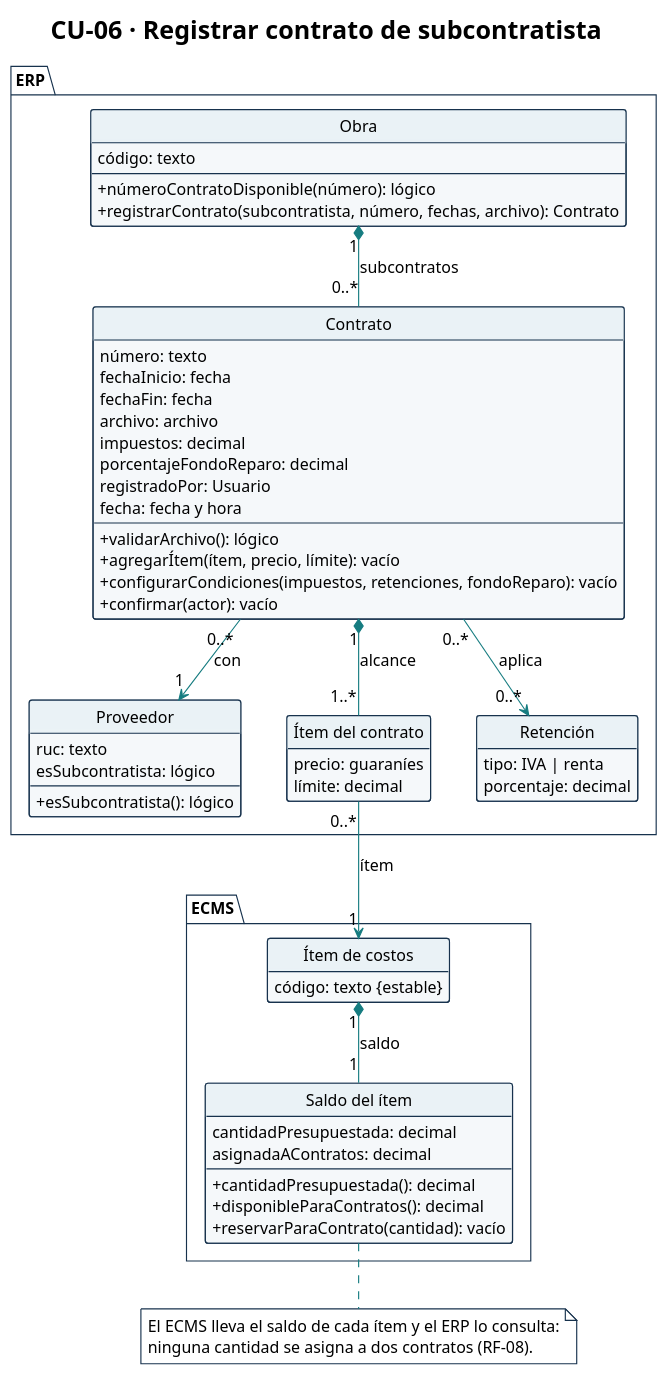
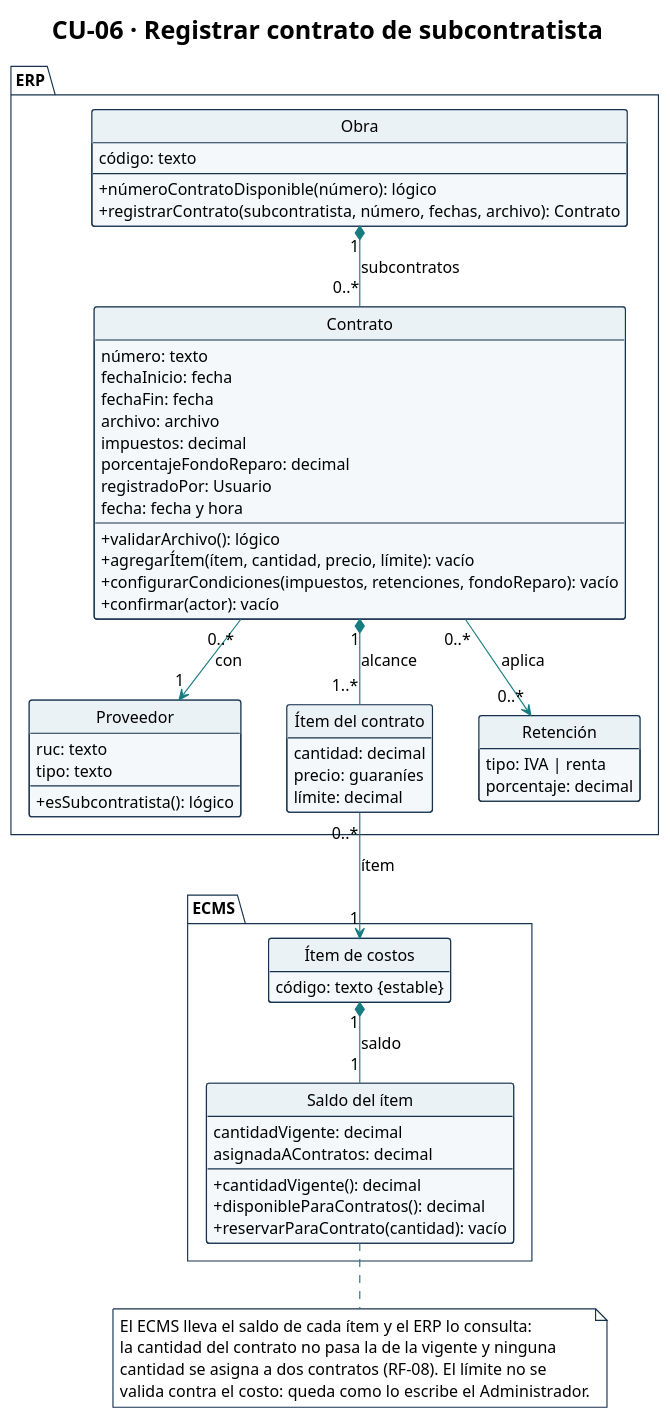
One commit to Ssrrb/tpf-uca changed the diagram in diagramas/CU-06-clases.puml. Above: the diagram before and after it, drawn with PlantUML. The commit also changed 41 other files, not shown here.

First line of the commit message:
Diagramas de los 16 CU en el MVP: ajustes de CU-01 a CU-09 y diagramas nuevos de CU-10 a CU-16

```diff
--- a/diagramas/CU-06-clases.puml
+++ b/diagramas/CU-06-clases.puml
@@ -1,97 +1,100 @@
 @startuml
 !theme plain
 skinparam style strictuml
 title CU-06 · Registrar contrato de subcontratista
 hide circle
 hide empty methods
 hide empty fields
 skinparam shadowing false
 skinparam classAttributeIconSize 0
 skinparam defaultFontName Arial
 skinparam defaultFontSize 14
 skinparam nodesep 40
 skinparam ranksep 50
 skinparam ArrowColor #167C80
 skinparam class {
   BackgroundColor #F5F8FA
   BorderColor #17324D
   HeaderBackgroundColor #EAF2F6
 }
 skinparam package {
   BackgroundColor #FFFFFF
   BorderColor #17324D
 }
 skinparam note {
   BackgroundColor #FFFFFF
   BorderColor #17324D
 }
 package "ERP" {
   class Obra {
     código: texto
     --
     + númeroContratoDisponible(número): lógico
     + registrarContrato(subcontratista, número, fechas, archivo): Contrato
   }
 
   class Proveedor {
     ruc: texto
-    esSubcontratista: lógico
+    tipo: texto
     --
     + esSubcontratista(): lógico
   }
 
   class Contrato {
     número: texto
     fechaInicio: fecha
     fechaFin: fecha
     archivo: archivo
     impuestos: decimal
     porcentajeFondoReparo: decimal
     registradoPor: Usuario
     fecha: fecha y hora
     --
     + validarArchivo(): lógico
-    + agregarÍtem(ítem, precio, límite): vacío
+    + agregarÍtem(ítem, cantidad, precio, límite): vacío
     + configurarCondiciones(impuestos, retenciones, fondoReparo): vacío
     + confirmar(actor): vacío
   }
 
   class "Ítem del contrato" as ItemContrato {
+    cantidad: decimal
     precio: guaraníes
     límite: decimal
   }
 
   class "Retención" as Retencion {
     tipo: IVA | renta
     porcentaje: decimal
   }
 }
 
 package "ECMS" {
   class "Saldo del ítem" as SaldoItem {
-    cantidadPresupuestada: decimal
+    cantidadVigente: decimal
     asignadaAContratos: decimal
     --
-    + cantidadPresupuestada(): decimal
+    + cantidadVigente(): decimal
     + disponibleParaContratos(): decimal
     + reservarParaContrato(cantidad): vacío
   }
 
   class "Ítem de costos" as ItemCostos {
     código: texto {estable}
   }
 }
 
 Obra "1" *-- "0..*" Contrato : subcontratos
 Contrato "0..*" --> "1" Proveedor : con
 Contrato "1" *-- "1..*" ItemContrato : alcance
 ItemContrato "0..*" --> "1" ItemCostos : ítem
 ItemCostos "1" *-- "1" SaldoItem : saldo
 Contrato "0..*" --> "0..*" Retencion : aplica
 
 note bottom of SaldoItem
   El ECMS lleva el saldo de cada ítem y el ERP lo consulta:
-  ninguna cantidad se asigna a dos contratos (RF-08).
+  la cantidad del contrato no pasa la de la vigente y ninguna
+  cantidad se asigna a dos contratos (RF-08). El límite no se
+  valida contra el costo: queda como lo escribe el Administrador.
 end note
 
 @enduml
```
